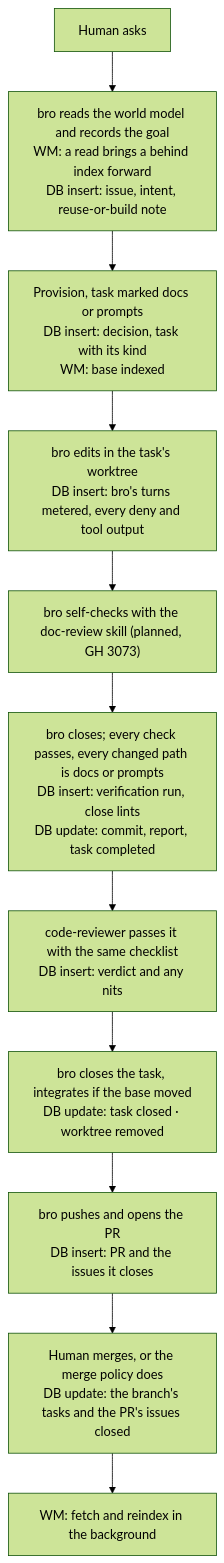
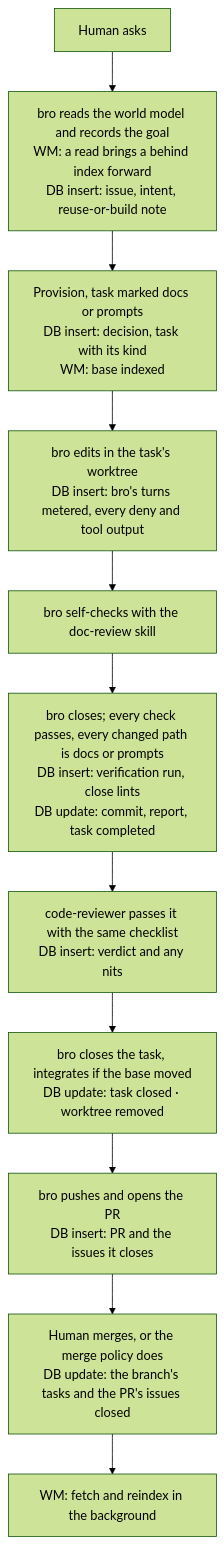
The third of 4 diagrams in docs/architecture/TASKS.md (trustmybot/plugin), drawn with Mermaid (forest theme) before and after one commit. The commit also changed other lines of this file and 2 other files, not shown here.

Commit message:
📝 docs(architecture): bro's doc-review self-check is shipped

````diff
--- a/docs/architecture/TASKS.md
+++ b/docs/architecture/TASKS.md
@@ -89,13 +89,13 @@
 ```mermaid
 flowchart TD
     A[Human asks] --> B["bro reads the world model and records the goal<br/>WM: a read brings a behind index forward<br/>DB insert: issue, intent, reuse-or-build note"]
     B --> C["Provision, task marked docs or prompts<br/>DB insert: decision, task with its kind<br/>WM: base indexed"]
     C --> D["bro edits in the task's worktree<br/>DB insert: bro's turns metered, every deny and tool output"]
-    D --> E["bro self-checks with the doc-review skill (planned, GH 3073)"]
+    D --> E["bro self-checks with the doc-review skill"]
     E --> F["bro closes; every check passes, every changed path is docs or prompts<br/>DB insert: verification run, close lints<br/>DB update: commit, report, task completed"]
     F --> G["code-reviewer passes it with the same checklist<br/>DB insert: verdict and any nits"]
     G --> H["bro closes the task, integrates if the base moved<br/>DB update: task closed · worktree removed"]
     H --> K["bro pushes and opens the PR<br/>DB insert: PR and the issues it closes"]
     K --> L["Human merges, or the merge policy does<br/>DB update: the branch's tasks and the PR's issues closed"]
     L --> M["WM: fetch and reindex in the background"]
 ```
````
